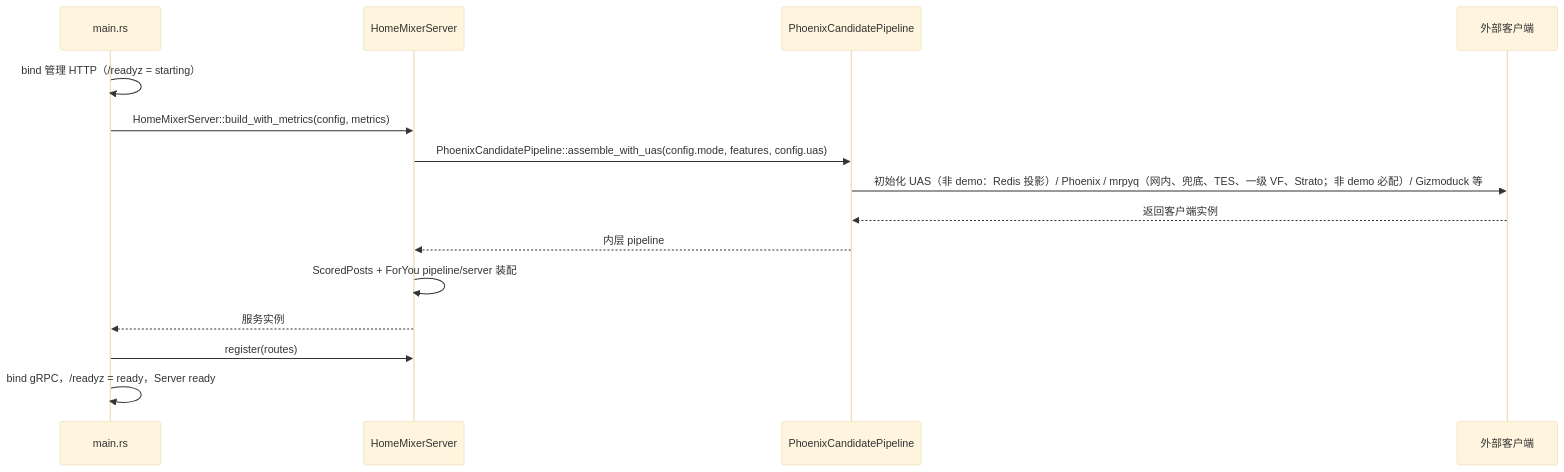
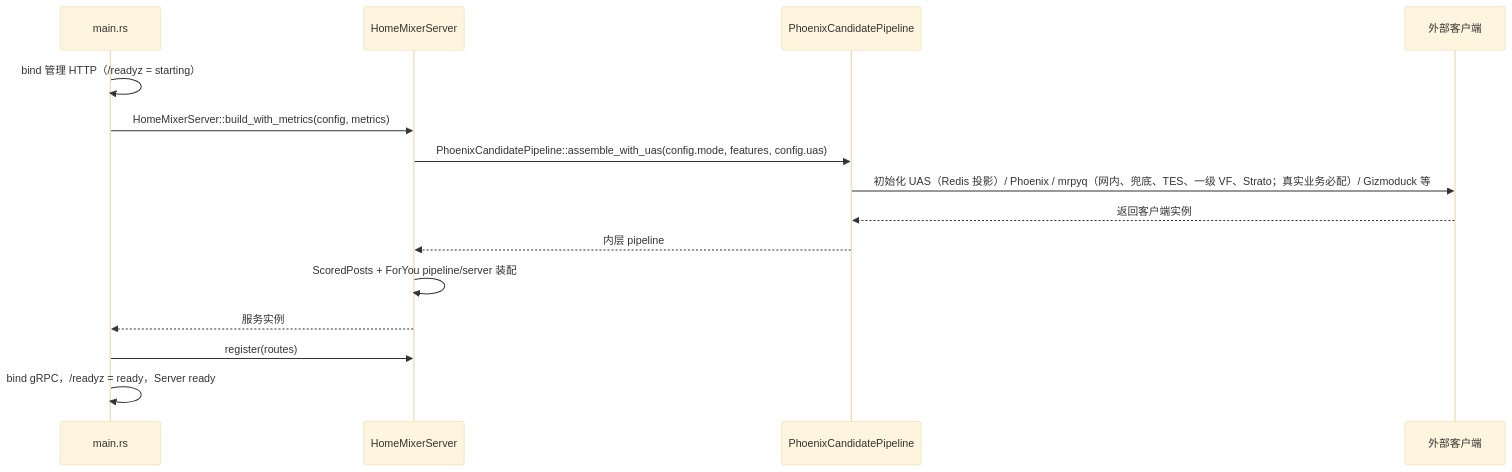
Before and after one commit to freefcw/x-algorithm: the first of 3 diagrams in docs/home-mixer/02-request-lifecycle.md, drawn with Mermaid (base theme). The commit also changed 16 other files, not shown here.

````diff
--- a/docs/home-mixer/02-request-lifecycle.md
+++ b/docs/home-mixer/02-request-lifecycle.md
@@ -20,18 +20,18 @@
 ```mermaid
 sequenceDiagram
     participant Main as main.rs
     participant Server as HomeMixerServer
     participant Pipeline as PhoenixCandidatePipeline
     participant Clients as 外部客户端
 
     Main->>Main: bind 管理 HTTP（/readyz = starting）
     Main->>Server: HomeMixerServer::build_with_metrics(config, metrics)
     Server->>Pipeline: PhoenixCandidatePipeline::assemble_with_uas(config.mode, features, config.uas)
-    Pipeline->>Clients: 初始化 UAS（非 demo：Redis 投影）/ Phoenix / mrpyq（网内、兜底、TES、一级 VF、Strato；非 demo 必配）/ Gizmoduck 等
+    Pipeline->>Clients: 初始化 UAS（Redis 投影）/ Phoenix / mrpyq（网内、兜底、TES、一级 VF、Strato；真实业务必配）/ Gizmoduck 等
     Clients-->>Pipeline: 返回客户端实例
     Pipeline-->>Server: 内层 pipeline
     Server->>Server: ScoredPosts + ForYou pipeline/server 装配
     Server-->>Main: 服务实例
     Main->>Server: register(routes)
     Main->>Main: bind gRPC，/readyz = ready，Server ready
 ```
````
